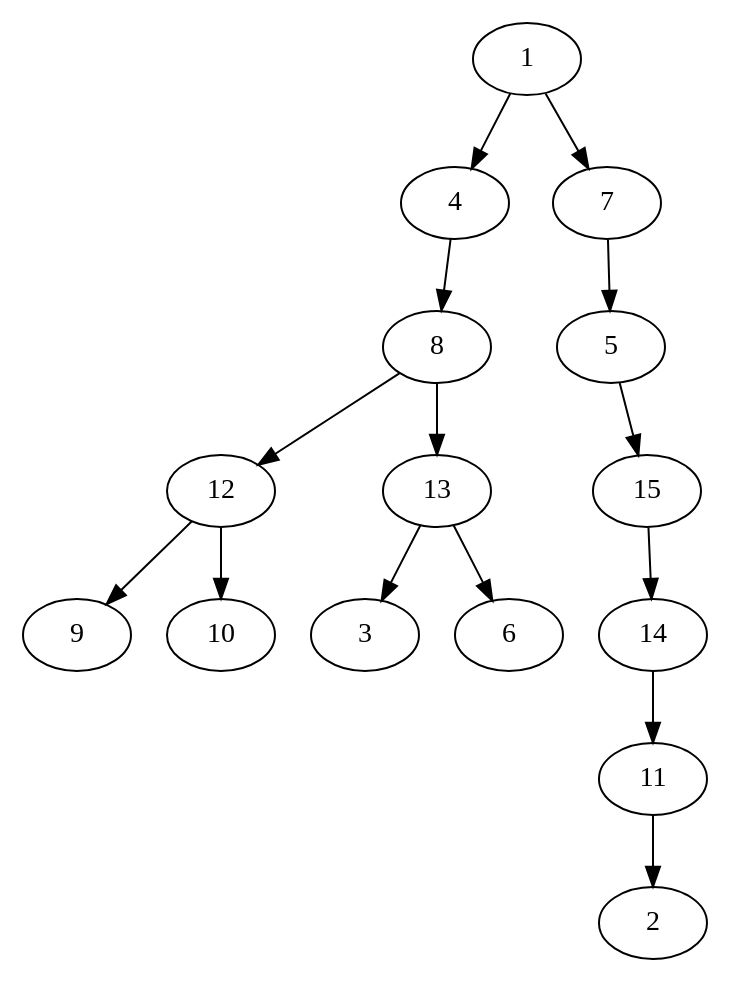
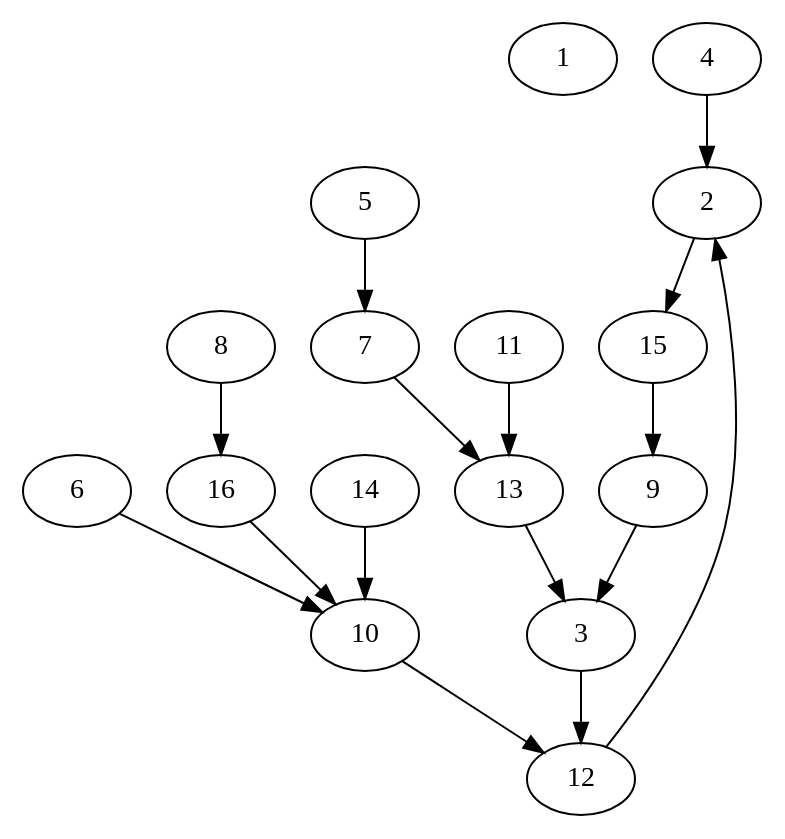
Before and after one commit to andreaxe/pdi_2: the diagram in network.dot, drawn with Graphviz. The commit also changed 8 other files, not shown here.

```diff
--- a/network.dot
+++ b/network.dot
@@ -1,16 +1,18 @@
 strict digraph "" {
-	1 -> 4;
-	1 -> 7;
-	4 -> 8;
-	5 -> 15;
-	7 -> 5;
-	8 -> 12;
-	8 -> 13;
-	11 -> 2;
-	12 -> 9;
-	12 -> 10;
+	1;
+	2 -> 15;
+	3 -> 12;
+	4 -> 2;
+	5 -> 7;
+	6 -> 10;
+	7 -> 13;
+	8 -> 16;
+	9 -> 3;
+	10 -> 12;
+	11 -> 13;
+	12 -> 2;
 	13 -> 3;
-	13 -> 6;
-	14 -> 11;
-	15 -> 14;
+	14 -> 10;
+	15 -> 9;
+	16 -> 10;
 }
```
